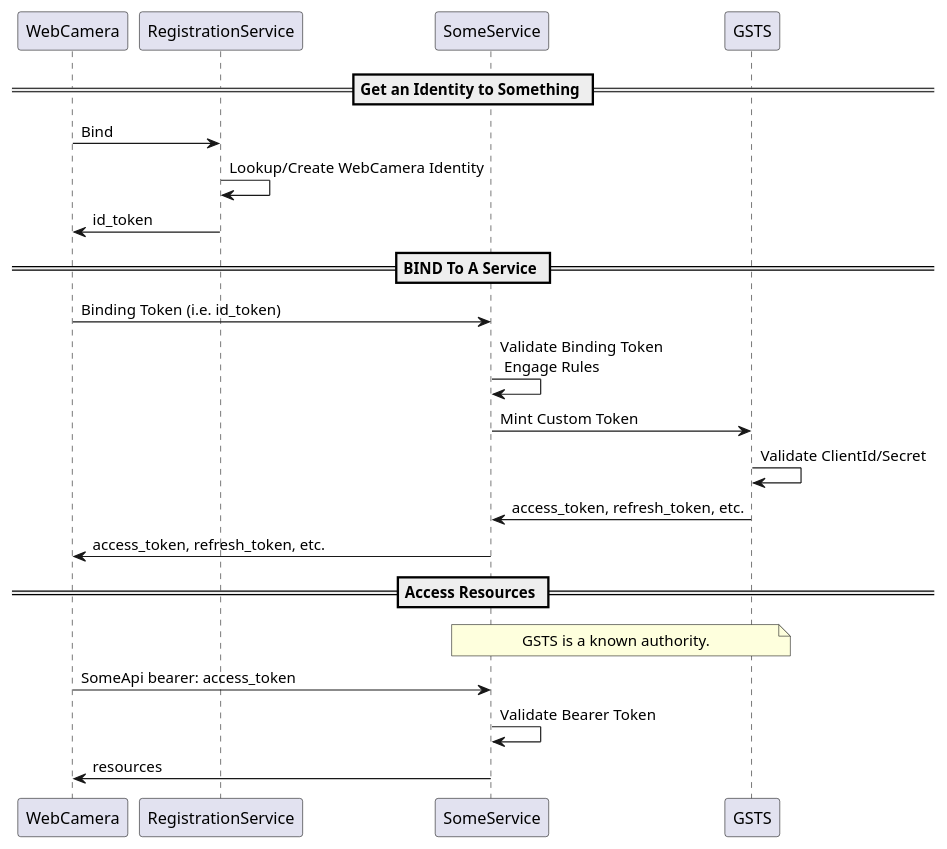
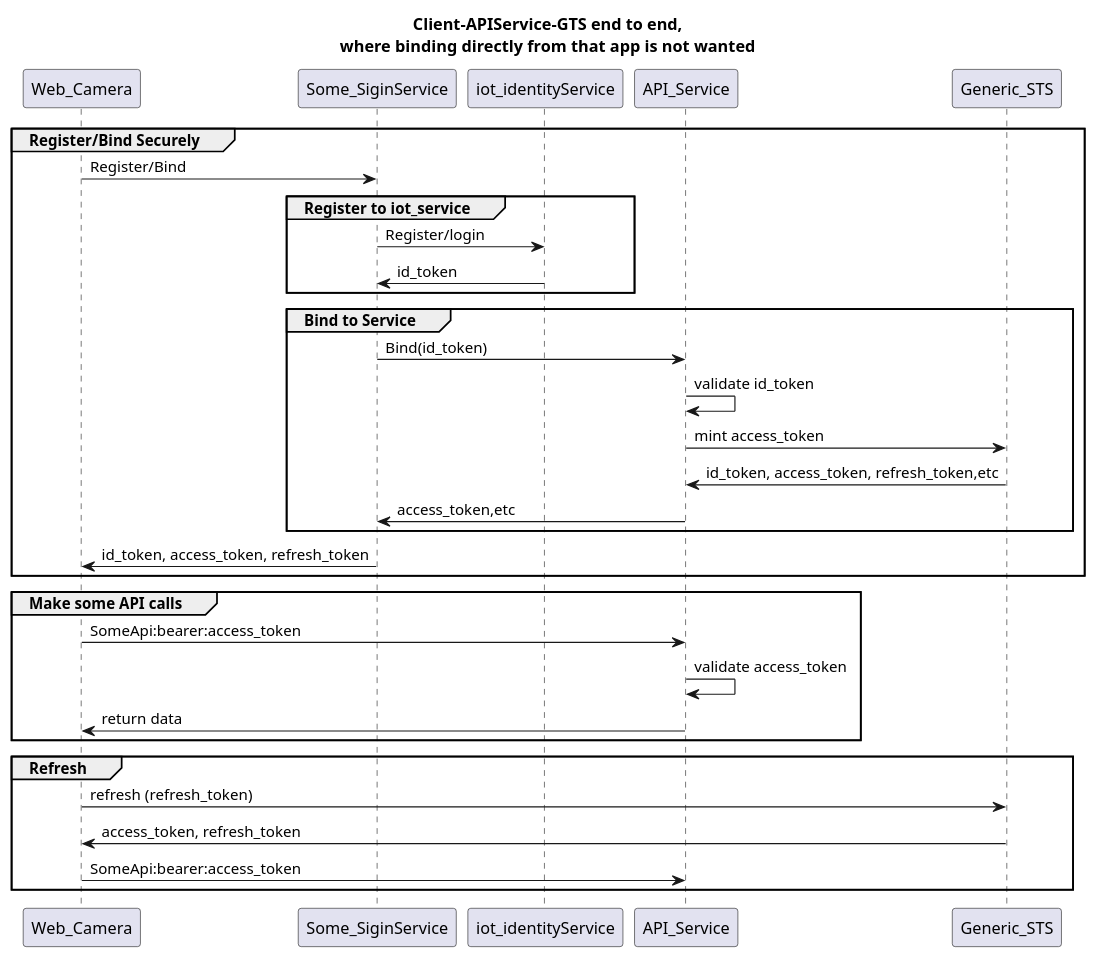
Before and after one commit to ghstahl/Generic-Security-Token-Service: the diagram in docs/bind-webcamera.plantuml, drawn with PlantUML.

```diff
--- a/docs/bind-webcamera.plantuml
+++ b/docs/bind-webcamera.plantuml
@@ -1,24 +1,30 @@
 @startuml
 
+title Client-APIService-GTS end to end,\nwhere binding directly from that app is not wanted
 
-== Get an Identity to Something ==
-WebCamera -> RegistrationService: Bind
-RegistrationService->RegistrationService: Lookup/Create WebCamera Identity
-WebCamera <- RegistrationService: id_token
- 
-== BIND To A Service ==
-WebCamera -> SomeService: Binding Token (i.e. id_token)
-SomeService -> SomeService: Validate Binding Token\n Engage Rules
-SomeService -> GSTS: Mint Custom Token
-GSTS -> GSTS: Validate ClientId/Secret
-GSTS -> SomeService: access_token, refresh_token, etc.
-WebCamera <- SomeService: access_token, refresh_token, etc.
-
-== Access Resources ==
-note over SomeService,GSTS: GSTS is a known authority.
-WebCamera -> SomeService: SomeApi bearer: access_token
-SomeService -> SomeService: Validate Bearer Token
-WebCamera <- SomeService: resources
- 
-
+group Register/Bind Securely
+Web_Camera -> Some_SiginService:Register/Bind
+group Register to iot_service
+Some_SiginService -> iot_identityService:Register/login
+Some_SiginService <- iot_identityService:id_token
+end
+group Bind to Service
+Some_SiginService -> API_Service:Bind(id_token)
+API_Service -> API_Service: validate id_token
+API_Service -> Generic_STS: mint access_token
+API_Service <- Generic_STS: id_token, access_token, refresh_token,etc
+Some_SiginService <- API_Service:access_token,etc
+end
+Web_Camera <- Some_SiginService:id_token, access_token, refresh_token
+end
+group Make some API calls
+Web_Camera -> API_Service:SomeApi:bearer:access_token
+API_Service -> API_Service: validate access_token
+Web_Camera <- API_Service: return data 
+end
+group Refresh
+Web_Camera -> Generic_STS:refresh (refresh_token)
+Web_Camera <- Generic_STS: access_token, refresh_token
+Web_Camera -> API_Service:SomeApi:bearer:access_token
+end
 @enduml
```
